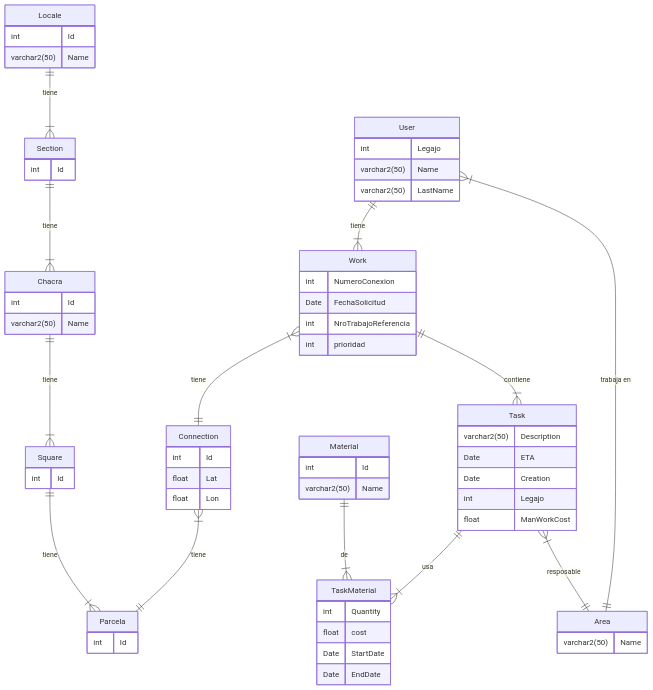
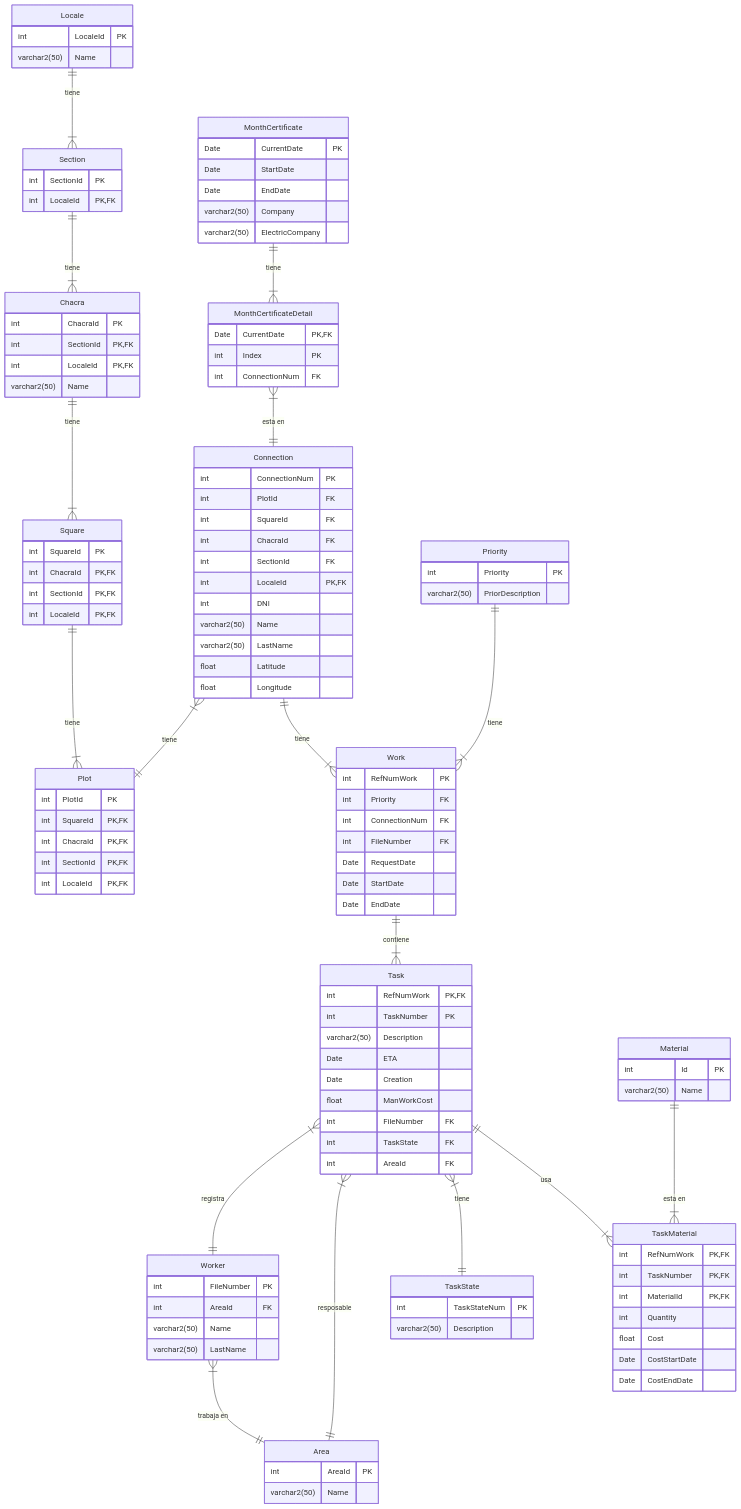
The diagram in docs/DER.md (Oscar-Wohlfarhrt/TBD-2024-TPI), drawn with Mermaid before and after one commit. The commit also changed other lines of this file, not shown here.

````diff
--- a/docs/DER.md
+++ b/docs/DER.md
@@ -5,70 +5,127 @@
 ```mermaid
 erDiagram
-	Area{
+	Locale{
+		int LocaleId PK
 		varchar2(50) Name
 	}
+	Section{
+		int SectionId PK
+        int LocaleId PK,FK
+    }
 	Chacra{
-		int Id
+		int ChacraId PK
+		int SectionId PK,FK
+        int LocaleId PK,FK
 		varchar2(50) Name
 	}
+	Square{
+		int SquareId PK
+		int ChacraId PK,FK
+		int SectionId PK,FK
+        int LocaleId PK,FK
+	}
+	Plot{
+		int PlotId PK
+		int SquareId PK,FK
+		int ChacraId PK,FK
+		int SectionId PK,FK
+        int LocaleId PK,FK
+	}
 	Connection{
-		int Id
-		float Lat
-		float Lon
+		int ConnectionNum PK
+		int PlotId FK
+		int SquareId FK
+		int ChacraId FK
+		int SectionId FK
+        int LocaleId PK,FK
+        int DNI
+        varchar2(50) Name
+        varchar2(50) LastName
+        float Latitude
+		float Longitude
 	}
-	Locale{
-		int Id
+
+    Area{
+        int AreaId PK
 		varchar2(50) Name
 	}
-	Material{
-		int Id
-		varchar2(50) Name
-	}
-	TaskMaterial{
-		int Quantity
-		float cost
-		Date StartDate
-		Date EndDate
-	}
-	Parcela{
-		int Id
-	}
-	Section{
-		int Id
-    }
-	Square{
-		int Id
-	}
-	Task{
-		varchar2(50) Description
-		Date ETA
-		Date Creation
-		int Legajo
-		float ManWorkCost
-	}
-	User{
-		int Legajo
+	Worker{
+		int FileNumber PK
+        int AreaId FK
 		varchar2(50) Name
 		varchar2(50) LastName
 	}
 	Work{
-		int NumeroConexion
-		Date FechaSolicitud
-		int NroTrabajoReferencia
-		int prioridad
+        int RefNumWork PK
+        int Priority FK
+		int ConnectionNum FK
+		int FileNumber FK
+		Date RequestDate
+        Date StartDate
+        Date EndDate
 	}
+    Priority{
+        int Priority PK
+        varchar2(50) PriorDescription
+    }
+	Task{
+        int RefNumWork PK,FK
+		int TaskNumber PK
+        varchar2(50) Description
+		Date ETA
+		Date Creation
+		float ManWorkCost
+		int FileNumber FK
+        int TaskState FK
+        int AreaId FK
+	}
+	Material{
+		int Id PK
+		varchar2(50) Name
+	}
+	TaskMaterial{
+        int RefNumWork PK,FK
+        int TaskNumber PK,FK
+        int MaterialId PK,FK
+		int Quantity
+		float Cost
+		Date CostStartDate
+		Date CostEndDate
+	}
+    TaskState{
+        int TaskStateNum PK
+        varchar2(50) Description
+    }
+
+    MonthCertificate{
+        Date CurrentDate PK
+        Date StartDate
+        Date EndDate
+        varchar2(50) Company
+        varchar2(50) ElectricCompany
+    }
+    MonthCertificateDetail{
+        Date CurrentDate PK,FK
+        int Index PK
+        int ConnectionNum FK
+    }
+
+    MonthCertificate ||--|{ MonthCertificateDetail : tiene
+    MonthCertificateDetail }|--|| Connection: "esta en"
     
-	Material ||--|{ TaskMaterial : de
-	Task ||--|{ TaskMaterial : usa
-	Task }|--|| Area : resposable
-	User ||--|{ Work : tiene
-	Work ||--|{ Task : contiene
-	Work }|--|| Connection : tiene
-	User }|--|| Area : "trabaja en"
-
 	Locale ||--|{ Section : tiene
 	Section ||--|{ Chacra : tiene
 	Chacra ||--|{ Square : tiene
-	Square ||--|{ Parcela : tiene
-	Connection }|--|| Parcela : tiene
+	Square ||--|{ Plot : tiene
+	Connection }|--|| Plot : tiene
+    
+	Connection ||--|{ Work : tiene
+	Worker }|--|| Area : "trabaja en"
+    Task }|--|| Worker : registra
+	Task }|--|| Area : resposable
+	Work ||--|{ Task : contiene
+    Task }|--|| TaskState : tiene
+	Task ||--|{ TaskMaterial : usa
+	Material ||--|{ TaskMaterial : "esta en"
+    Priority ||--|{ Work : "tiene"
 ```
````
